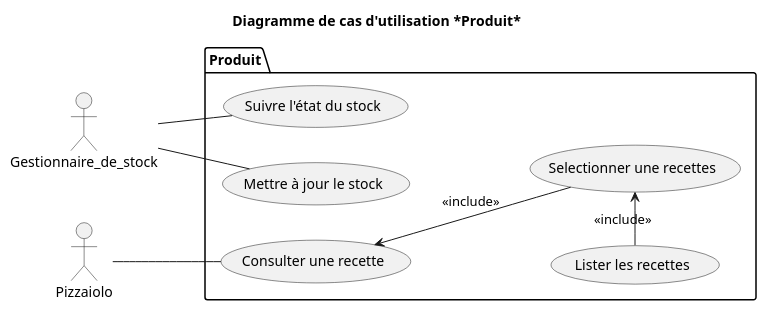
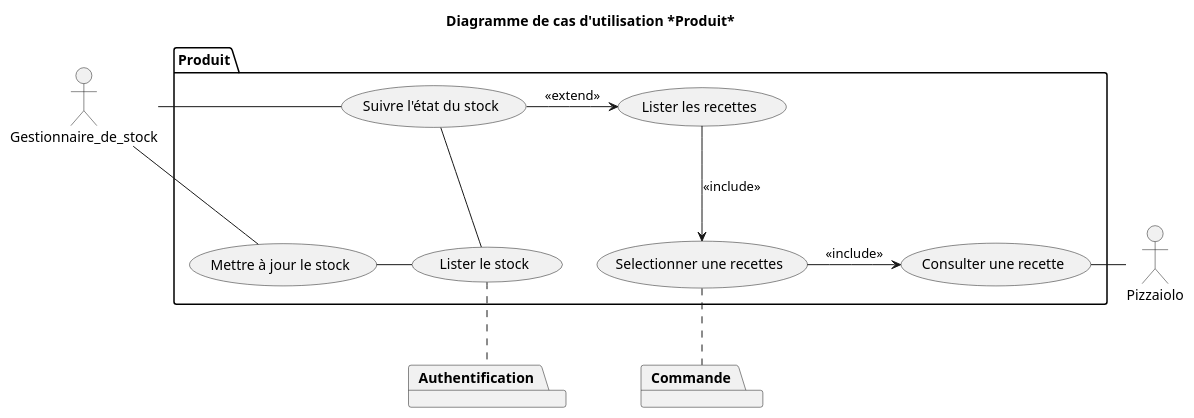
The diagram in v2/uml/03_produit.puml (Zepmanbc/oc_dapython_pr4), drawn with PlantUML before and after one commit. The commit also changed 10 other files, not shown here.

```diff
--- a/v2/uml/03_produit.puml
+++ b/v2/uml/03_produit.puml
@@ -1,23 +1,34 @@
 @startuml 03_produit
 title Diagramme de cas d'utilisation *Produit*
 
 actor Gestionnaire_de_stock as GESTSTOCK
 actor Pizzaiolo as PZLO
 
 package Produit{
-    left to right direction
+    ' left to right direction
     (Consulter une recette) as SHOW_RECIPE
     (Suivre l'état du stock) as FOLLOW_STOCK
     (Selectionner une recettes) as SELECT_RECIPE
     (Lister les recettes) as LIST_RECIPE
     (Mettre à jour le stock) as UPDATE_STOCK
+    (Lister le stock) as LIST_STOCK
 }
+package Commande
+package Authentification
 
-GESTSTOCK -- FOLLOW_STOCK
-GESTSTOCK -- UPDATE_STOCK
-PZLO -- SHOW_RECIPE
-SHOW_RECIPE <-- SELECT_RECIPE : <<include>>
-LIST_RECIPE -> SELECT_RECIPE : <<include>>
+GESTSTOCK - FOLLOW_STOCK
+GESTSTOCK - UPDATE_STOCK
+SHOW_RECIPE -r- PZLO
+
+' PZLO -- 
+SHOW_RECIPE <-l- SELECT_RECIPE : <<include>>
+LIST_RECIPE --> SELECT_RECIPE : <<include>>
+FOLLOW_STOCK -> LIST_RECIPE : <<extend>>
+FOLLOW_STOCK -- LIST_STOCK
+UPDATE_STOCK - LIST_STOCK
+
+SELECT_RECIPE .. Commande
+LIST_STOCK .. Authentification
 
 
 @enduml
```
